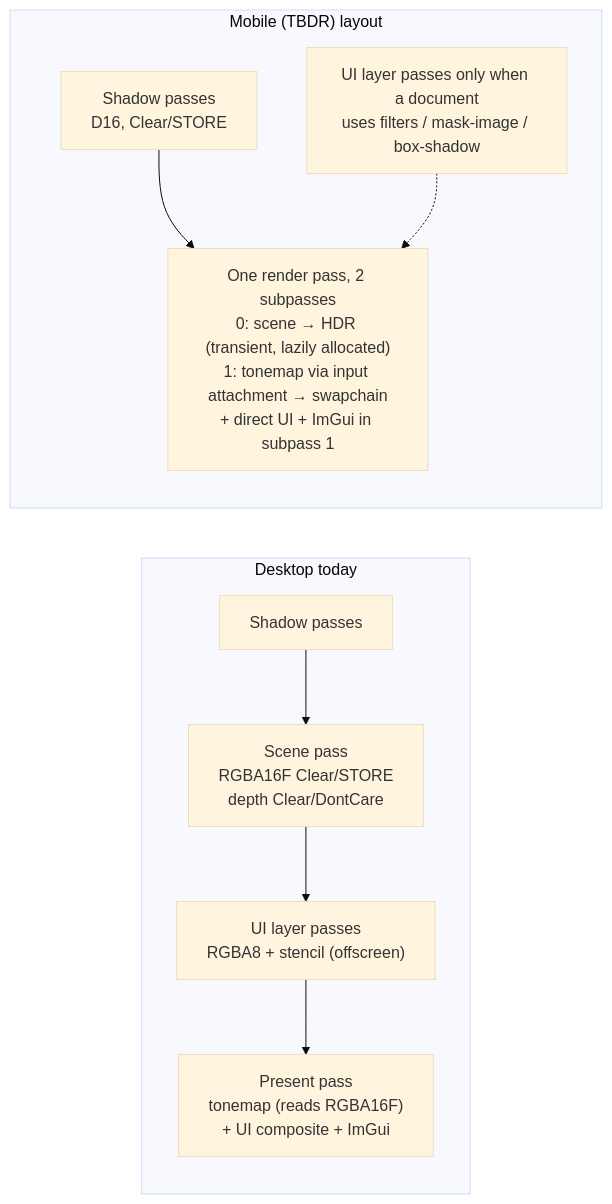
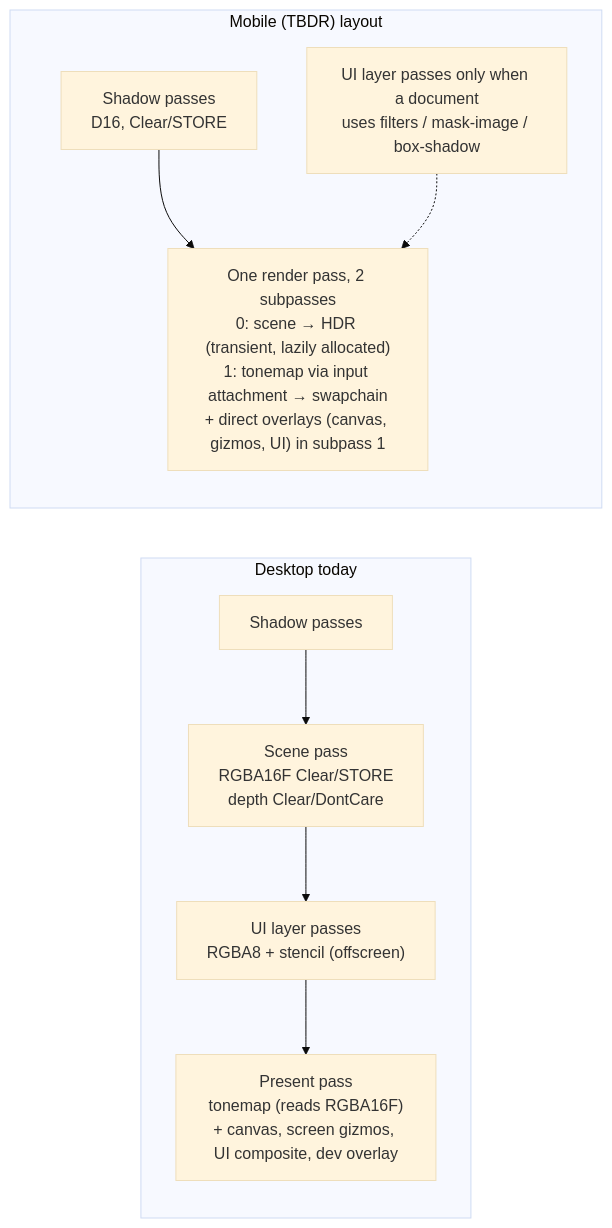
Before and after one commit to Mainframe-Games/mainframe-engine: the third of 6 diagrams in docs/design/future/mobile.md, drawn with Mermaid (base theme). The commit also changed other lines of this file and 588 other files, not shown here.

````diff
--- a/docs/design/future/mobile.md
+++ b/docs/design/future/mobile.md
@@ -324,10 +323,10 @@
 ```mermaid
 flowchart LR
     subgraph Today["Desktop today"]
-        A1["Shadow passes"] --> A2["Scene pass<br/>RGBA16F Clear/STORE<br/>depth Clear/DontCare"] --> A3["UI layer passes<br/>RGBA8 + stencil (offscreen)"] --> A4["Present pass<br/>tonemap (reads RGBA16F)<br/>+ UI composite + ImGui"]
+        A1["Shadow passes"] --> A2["Scene pass<br/>RGBA16F Clear/STORE<br/>depth Clear/DontCare"] --> A3["UI layer passes<br/>RGBA8 + stencil (offscreen)"] --> A4["Present pass<br/>tonemap (reads RGBA16F)<br/>+ canvas, screen gizmos, UI composite, dev overlay"]
     end
     subgraph Mobile["Mobile (TBDR) layout"]
-        B1["Shadow passes<br/>D16, Clear/STORE"] --> B2["One render pass, 2 subpasses<br/>0: scene → HDR (transient, lazily allocated)<br/>1: tonemap via input attachment → swapchain<br/>+ direct UI + ImGui in subpass 1"]
+        B1["Shadow passes<br/>D16, Clear/STORE"] --> B2["One render pass, 2 subpasses<br/>0: scene → HDR (transient, lazily allocated)<br/>1: tonemap via input attachment → swapchain<br/>+ direct overlays (canvas, gizmos, UI) in subpass 1"]
         B3["UI layer passes only when a document<br/>uses filters / mask-image / box-shadow"] -.-> B2
     end
 ```
````
